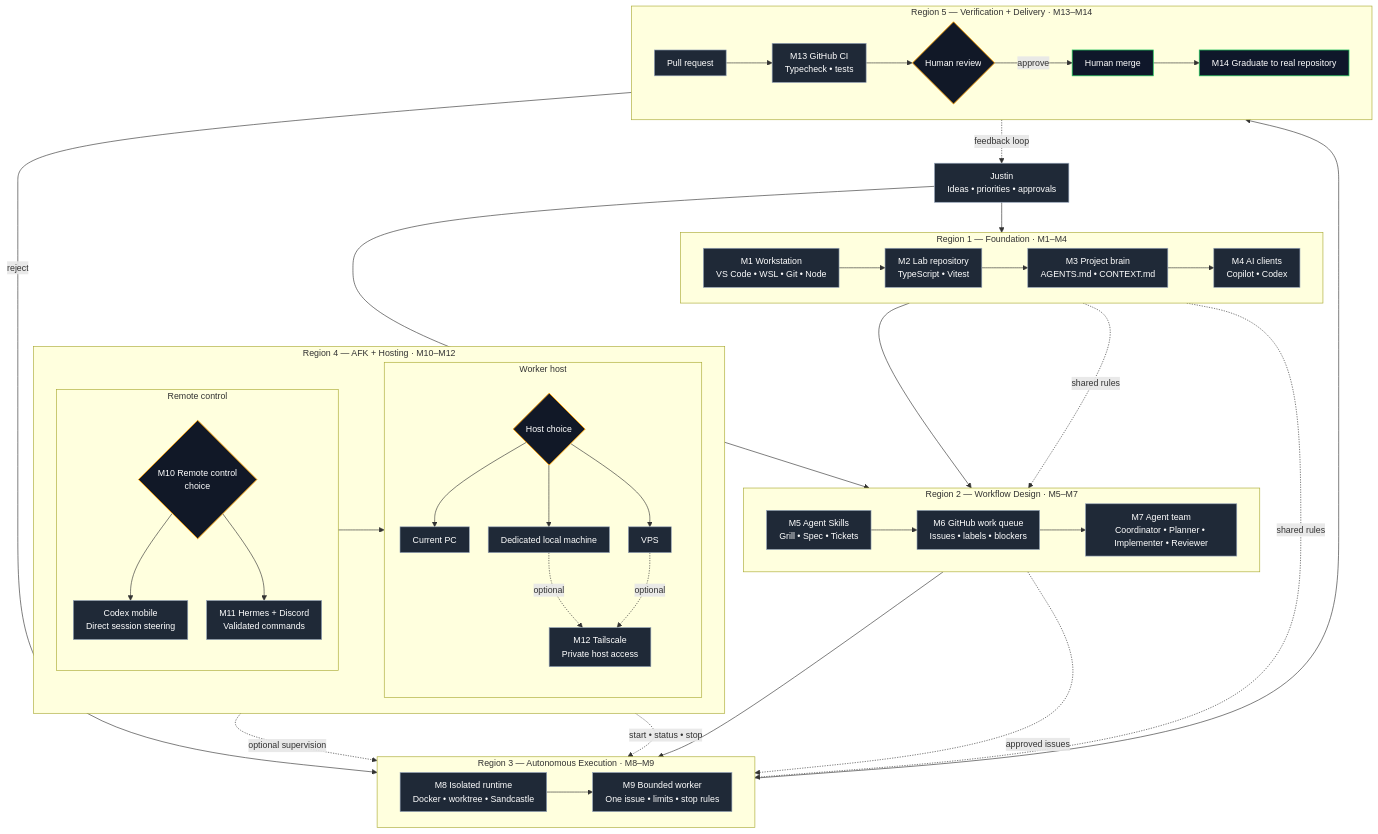
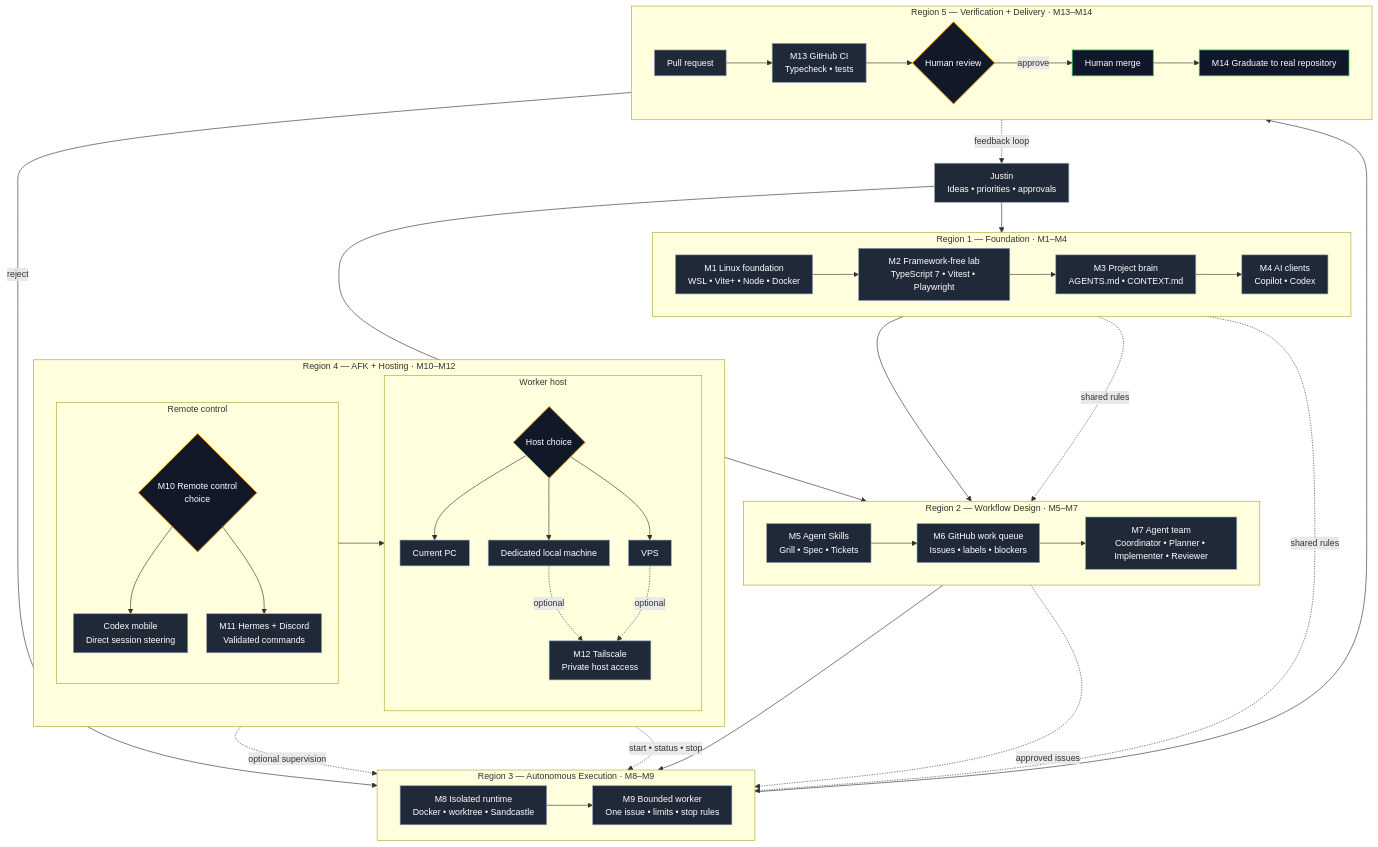
Before and after one commit to oneezy/agent-workflow: the first of 6 diagrams in README.md, drawn with Mermaid. The commit also changed other lines of this file, not shown here.

First line of the commit message:
docs: update AI Agent Workflow Lab

```diff
--- a/README.md
+++ b/README.md
@@ -1916,8 +2318,8 @@
 
   subgraph R1["Region 1 — Foundation · M1–M4"]
     direction LR
-    M1["M1 Workstation<br/>VS Code • WSL • Git • Node"]:::node
-    M2["M2 Lab repository<br/>TypeScript • Vitest"]:::node
+    M1["M1 Linux foundation<br/>WSL • Vite+ • Node • Docker"]:::node
+    M2["M2 Framework-free lab<br/>TypeScript 7 • Vitest • Playwright"]:::node
     M3["M3 Project brain<br/>AGENTS.md • CONTEXT.md"]:::node
     M4["M4 AI clients<br/>Copilot • Codex"]:::node
     M1 --> M2 --> M3 --> M4
```
